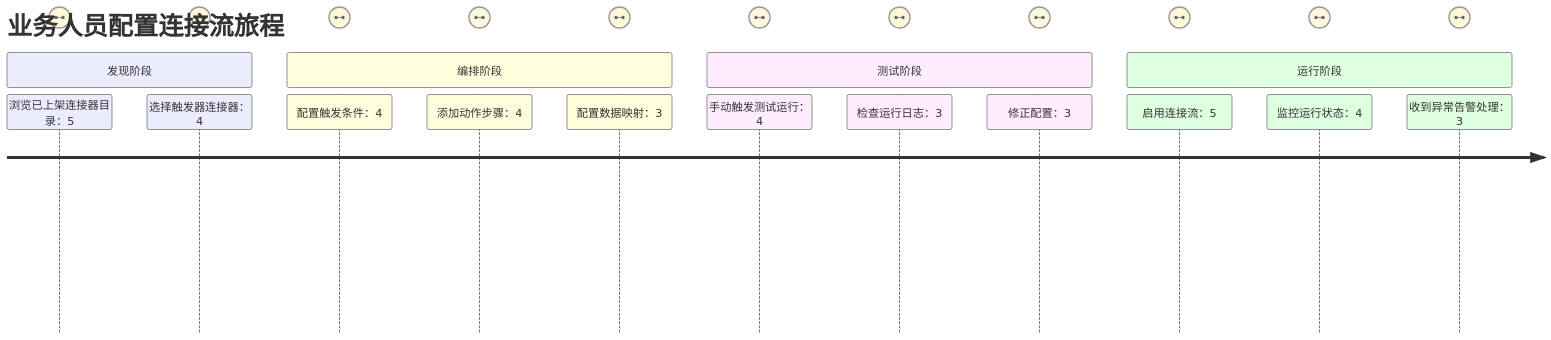
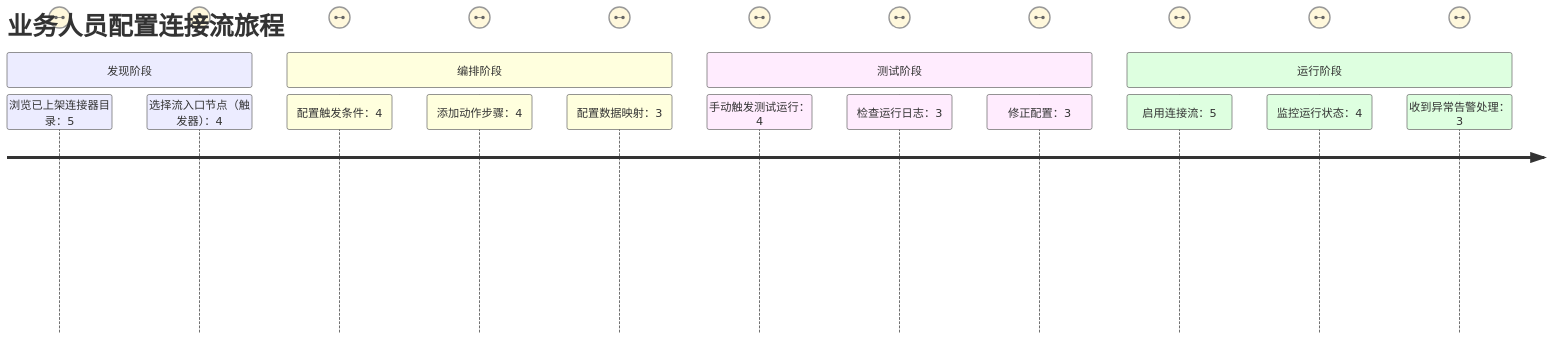
The ninth of 14 diagrams in .sddu/specs-tree-root/specs-tree-connector-platform/discovery-report.md (THZSummer/open-app), drawn with Mermaid before and after one commit. The commit also changed other lines of this file, not shown here.

Commit message:
fix: 全文对齐新概念模型——3.2旧图/5.2关系图/3.4触发归属/4.2需求/5.1时序图/6.2对标/6.4参照/8.1假设全面更新

````diff
--- a/.sddu/specs-tree-root/specs-tree-connector-platform/discovery-report.md
+++ b/.sddu/specs-tree-root/specs-tree-connector-platform/discovery-report.md
@@ -377,19 +375,19 @@
 ```mermaid
 journey
     title 业务人员配置连接流旅程
     section 发现阶段
       浏览已上架连接器目录：5: 三方平台人员
-      选择触发器连接器：4: 业务人员
+      选择流入口节点（触发器）：4: 业务人员
     section 编排阶段
       配置触发条件：4: 业务人员
       添加动作步骤：4: 业务人员
       配置数据映射：3: 业务人员
     section 测试阶段
       手动触发测试运行：4: 业务人员
       检查运行日志：3: 业务人员
       修正配置：3: 业务人员
     section 运行阶段
       启用连接流：5: 业务人员
       监控运行状态：4: 业务人员
       收到异常告警处理：3: 业务人员
 ```
````
